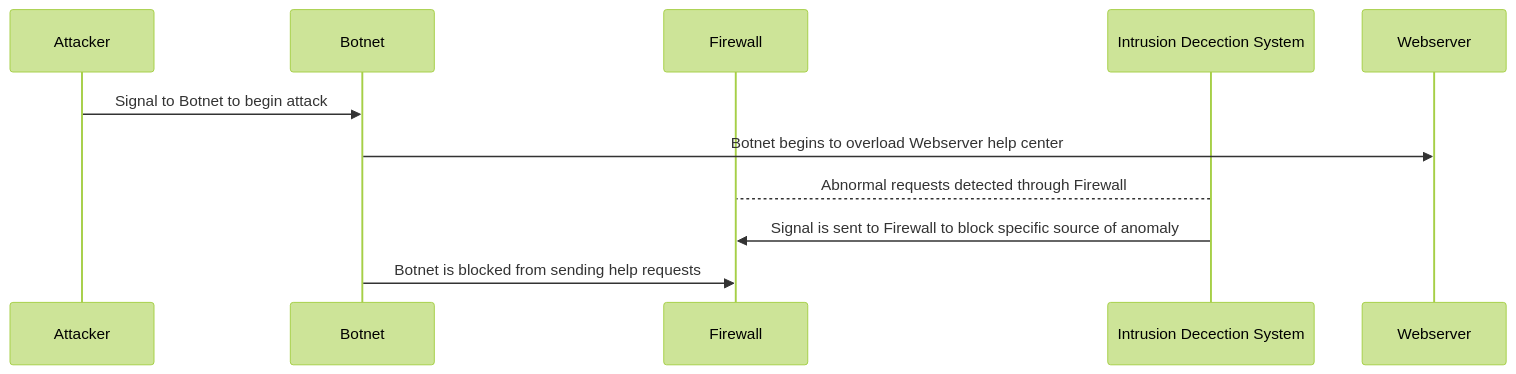
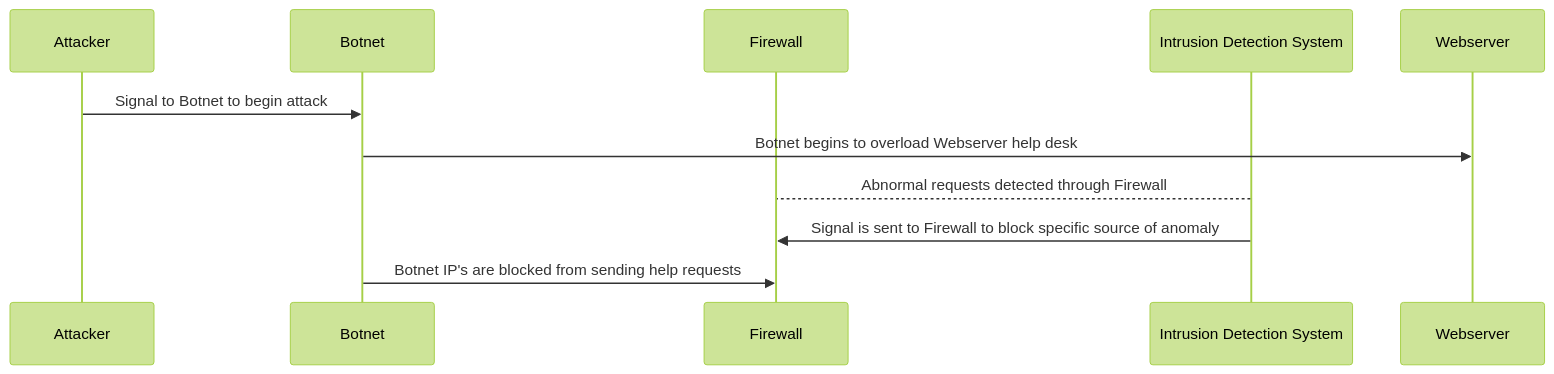
One commit to Felix-College/Felix-College.github.io changed the diagram in DDoS_Attack_Sequence.md. Above: the diagram before and after it, drawn with Mermaid (forest theme). The commit also changed other lines of this file, not shown here.

````diff
--- a/DDoS_Attack_Sequence.md
+++ b/DDoS_Attack_Sequence.md
@@ -1,24 +9,14 @@
 ```mermaid
 sequenceDiagram
   participant A as Attacker
   participant B as Botnet
   participant C as Firewall
-  participant D as Intrusion Decection System
+  participant D as Intrusion Detection System
   participant E as Webserver
 
 A->>B: Signal to Botnet to begin attack
-B->>E: Botnet begins to overload Webserver help center
+B->>E: Botnet begins to overload Webserver help desk
 D-->C: Abnormal requests detected through Firewall
 D->>C: Signal is sent to Firewall to block specific source of anomaly
-B->>C: Botnet is blocked from sending help requests
-
-
-
-
-
-
-
-
-
-
+B->>C: Botnet IP's are blocked from sending help requests
 ```
````
